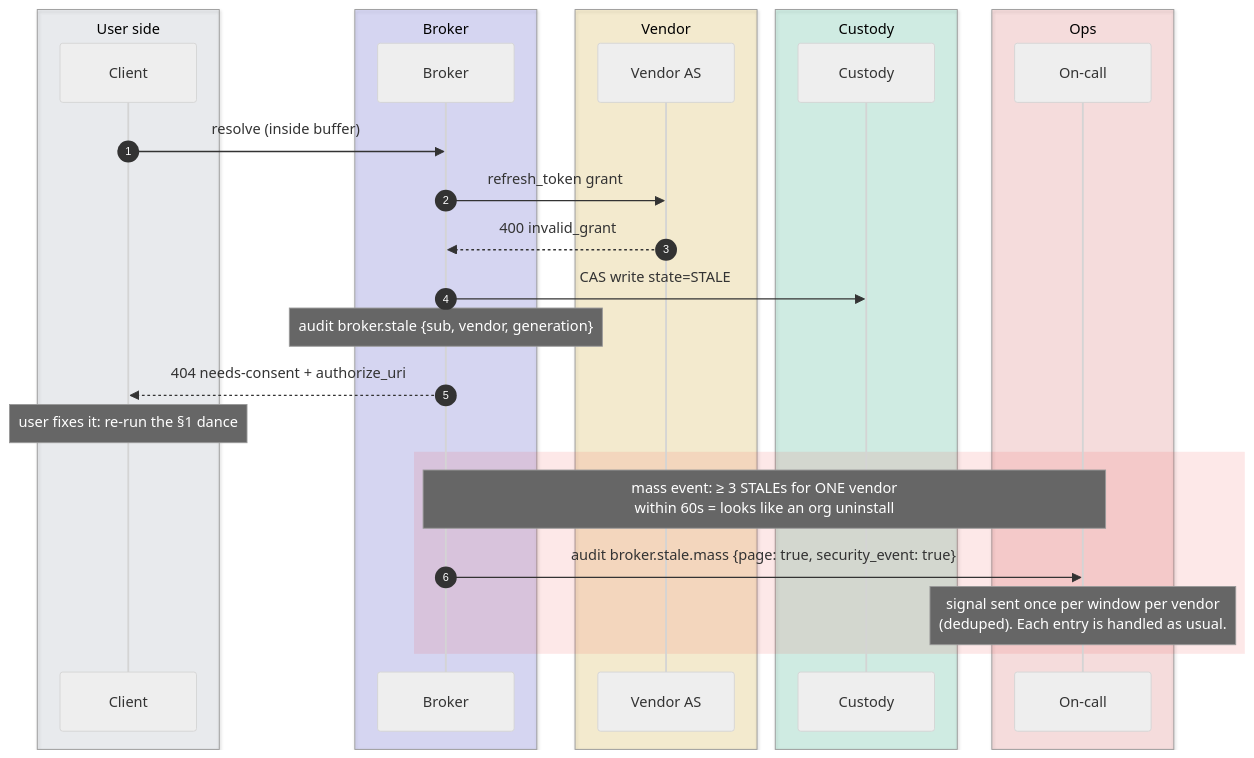
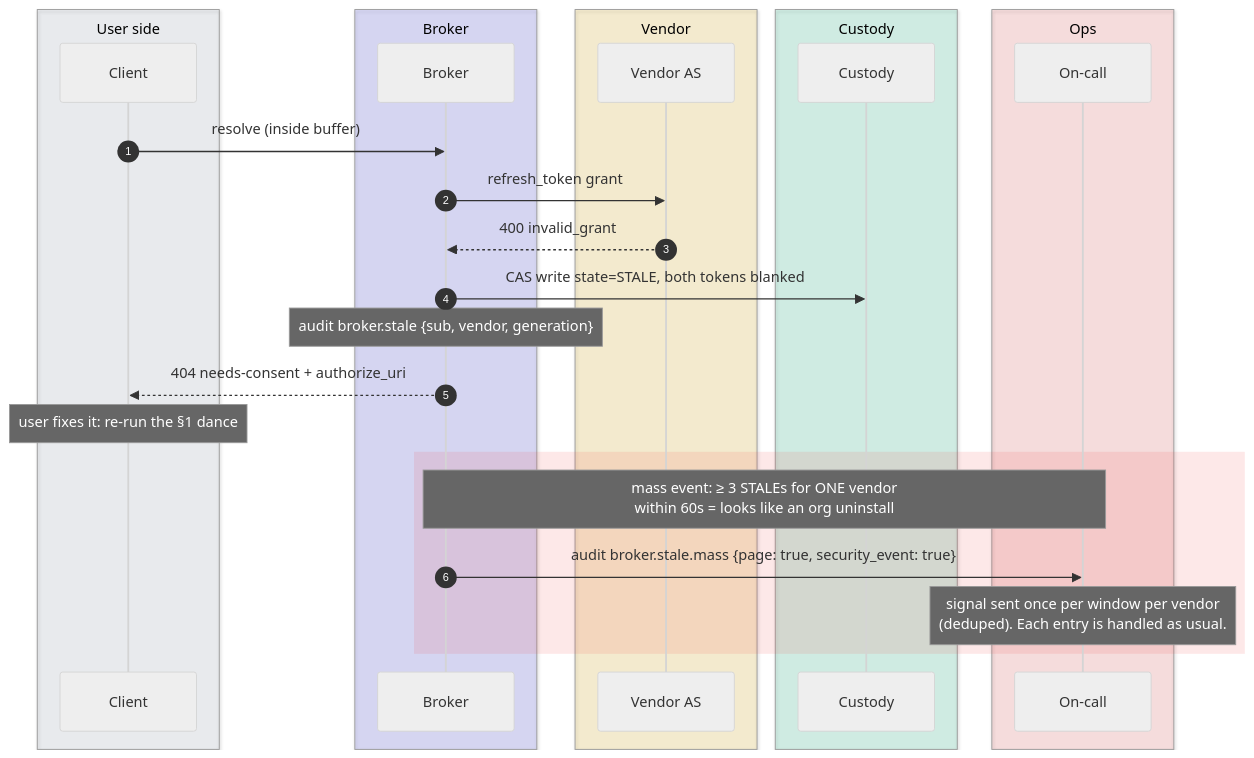
Before and after one commit to chief-builder/vendor-token-broker: the eighth of 11 diagrams in docs/token-lifecycle.md, drawn with Mermaid (neutral theme). The commit also changed other lines of this file and 26 other files, not shown here.

````diff
--- a/docs/token-lifecycle.md
+++ b/docs/token-lifecycle.md
@@ -387,33 +441,33 @@
 ```mermaid
 sequenceDiagram
     autonumber
     box rgba(148,163,184,0.14) User side
         participant C as Client
     end
     box rgba(99,102,241,0.20) Broker
         participant B as Broker
     end
     box rgba(234,179,8,0.16) Vendor
         participant V as Vendor AS
     end
     box rgba(16,185,129,0.16) Custody
         participant K as Custody
     end
     box rgba(239,68,68,0.14) Ops
         participant O as On-call
     end
 
     C->>B: resolve (inside buffer)
     B->>V: refresh_token grant
     V-->>B: 400 invalid_grant
-    B->>K: CAS write state=STALE
+    B->>K: CAS write state=STALE, both tokens blanked
     Note over B: audit broker.stale {sub, vendor, generation}
     B-->>C: 404 needs-consent + authorize_uri
     Note over C: user fixes it: re-run the §1 dance
 
     rect rgba(239,68,68,0.12)
         Note over B,O: mass event: ≥ 3 STALEs for ONE vendor<br/>within 60s = looks like an org uninstall
         B->>O: audit broker.stale.mass {page: true, security_event: true}
         Note over O: signal sent once per window per vendor<br/>(deduped). Each entry is handled as usual.
     end
 ```
````
